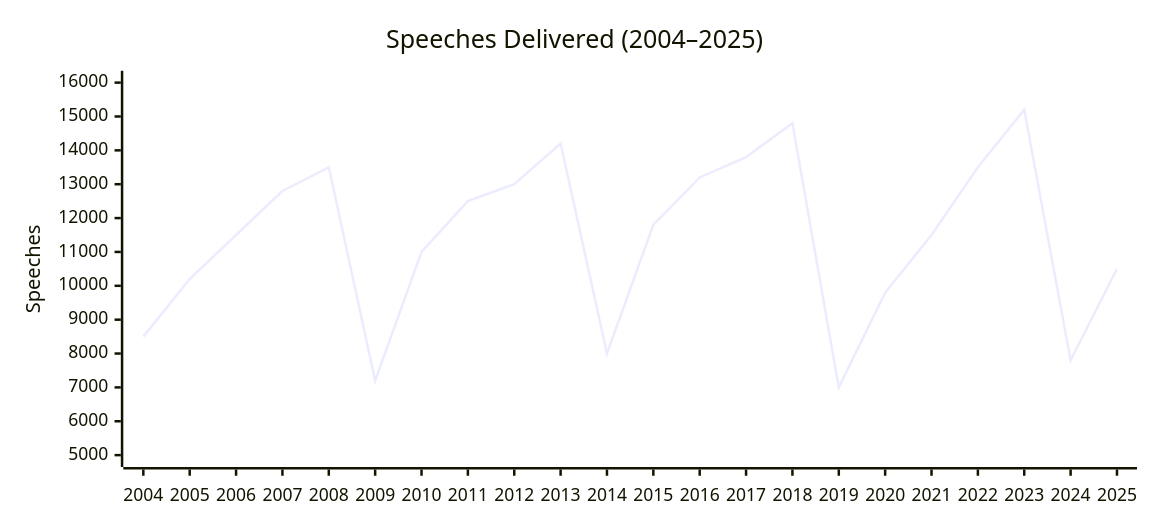
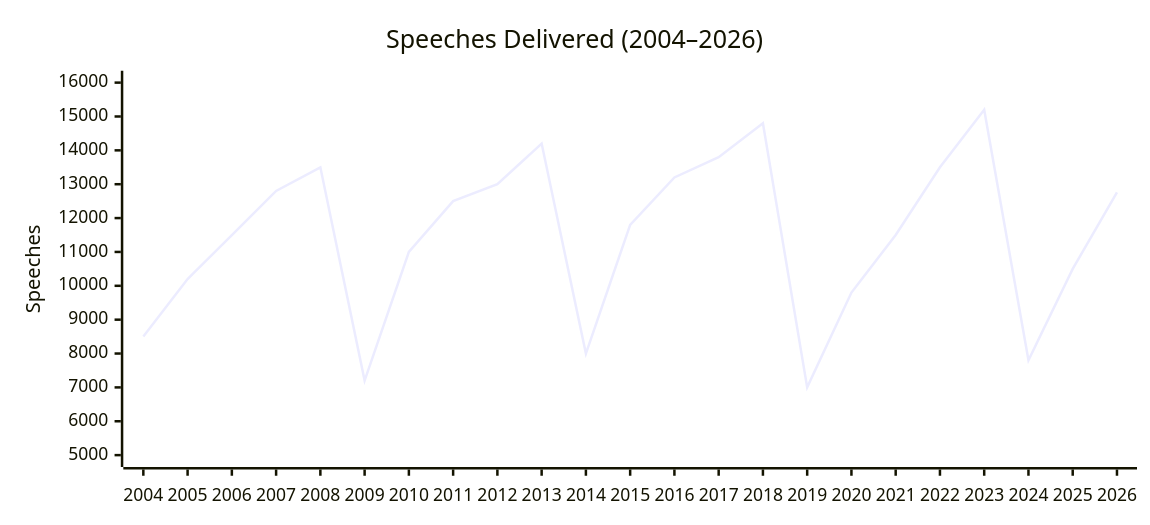
Before and after one commit to Hack23/European-Parliament-MCP-Server: the eighth of 21 diagrams in api-markdown/_media/EP_POLITICAL_LANDSCAPE.md, drawn with Mermaid. The commit also changed other lines of this file and 1437 other files, not shown here.

````diff
--- a/api-markdown/_media/EP_POLITICAL_LANDSCAPE.md
+++ b/api-markdown/_media/EP_POLITICAL_LANDSCAPE.md
@@ -176,13 +178,13 @@
 ```mermaid
 ---
 config:
   xyChart:
     width: 900
     height: 400
 ---
 xychart-beta
-    title "Speeches Delivered (2004–2025)"
-    x-axis [2004, 2005, 2006, 2007, 2008, 2009, 2010, 2011, 2012, 2013, 2014, 2015, 2016, 2017, 2018, 2019, 2020, 2021, 2022, 2023, 2024, 2025]
+    title "Speeches Delivered (2004–2026)"
+    x-axis [2004, 2005, 2006, 2007, 2008, 2009, 2010, 2011, 2012, 2013, 2014, 2015, 2016, 2017, 2018, 2019, 2020, 2021, 2022, 2023, 2024, 2025, 2026]
     y-axis "Speeches" 5000 --> 16000
-    line [8500, 10200, 11500, 12800, 13500, 7200, 11000, 12500, 13000, 14200, 8000, 11800, 13200, 13800, 14800, 7000, 9800, 11500, 13500, 15200, 7800, 10500]
+    line [8500, 10200, 11500, 12800, 13500, 7200, 11000, 12500, 13000, 14200, 8000, 11800, 13200, 13800, 14800, 7000, 9800, 11500, 13500, 15200, 7800, 10500, 12760]
 ```
````
